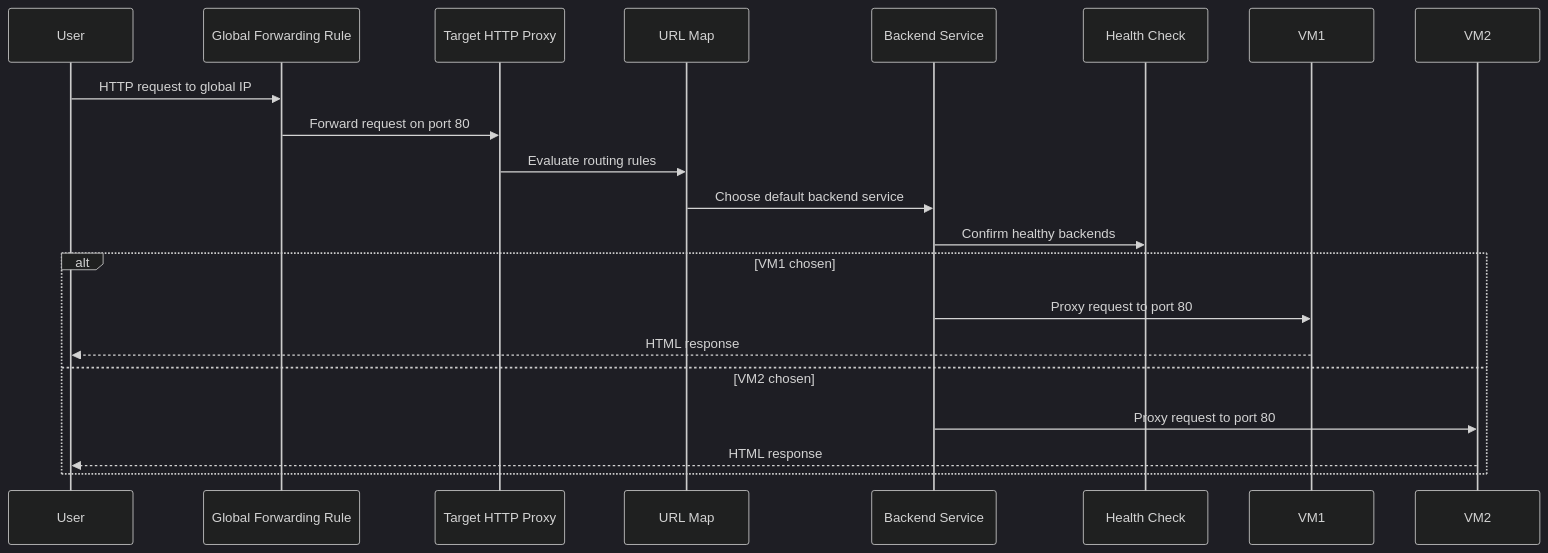
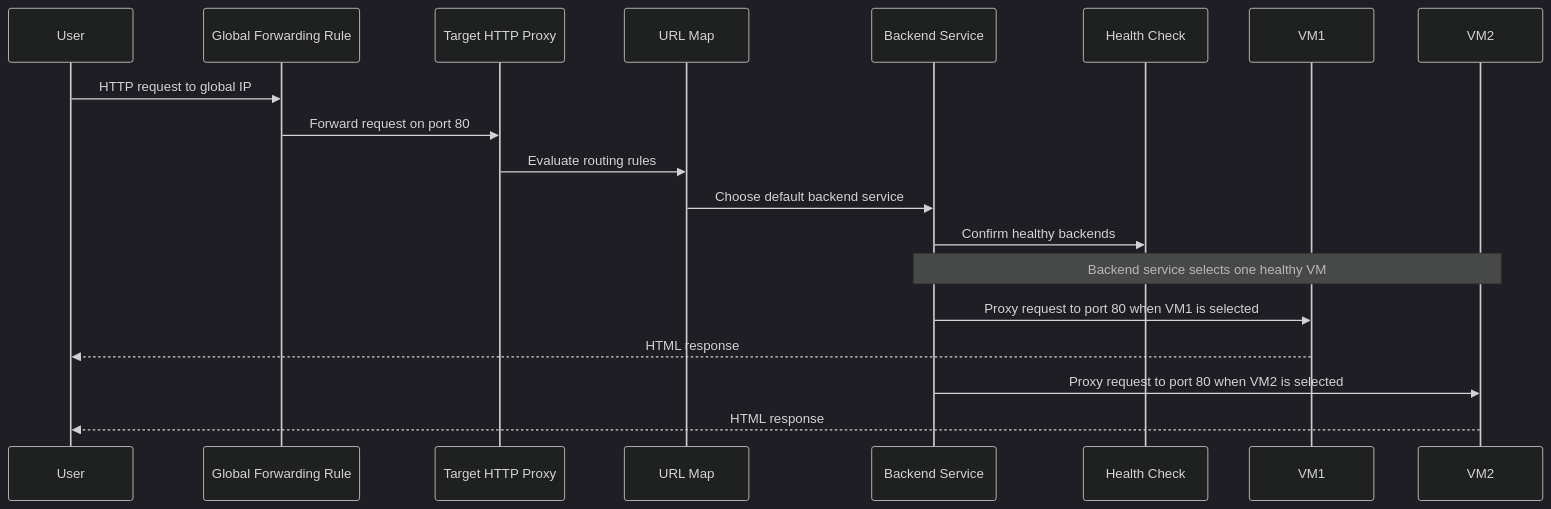
The third of 16 diagrams in LoadBalancer/load-balancer-real-world-scenarios.md (ShasidharReddy/GCP-Cloud-Engineer), drawn with Mermaid (dark theme) before and after one commit. The commit also changed 7 other files, not shown here.

Commit message:
fix: resolve Mermaid rendering errors and add official GCP documentation links (#9)

````diff
--- a/LoadBalancer/load-balancer-real-world-scenarios.md
+++ b/LoadBalancer/load-balancer-real-world-scenarios.md
@@ -550,24 +550,22 @@
 ```mermaid
 sequenceDiagram
     participant User as User
     participant FR as Global Forwarding Rule
     participant Proxy as Target HTTP Proxy
     participant Map as URL Map
     participant BES as Backend Service
     participant HC as Health Check
     participant VM1 as VM1
     participant VM2 as VM2
 
     User->>FR: HTTP request to global IP
     FR->>Proxy: Forward request on port 80
     Proxy->>Map: Evaluate routing rules
     Map->>BES: Choose default backend service
     BES->>HC: Confirm healthy backends
-    alt VM1 chosen
-        BES->>VM1: Proxy request to port 80
-        VM1-->>User: HTML response
-    else VM2 chosen
-        BES->>VM2: Proxy request to port 80
-        VM2-->>User: HTML response
-    end
+    Note over BES,VM2: Backend service selects one healthy VM
+    BES->>VM1: Proxy request to port 80 when VM1 is selected
+    VM1-->>User: HTML response
+    BES->>VM2: Proxy request to port 80 when VM2 is selected
+    VM2-->>User: HTML response
 ```
````
